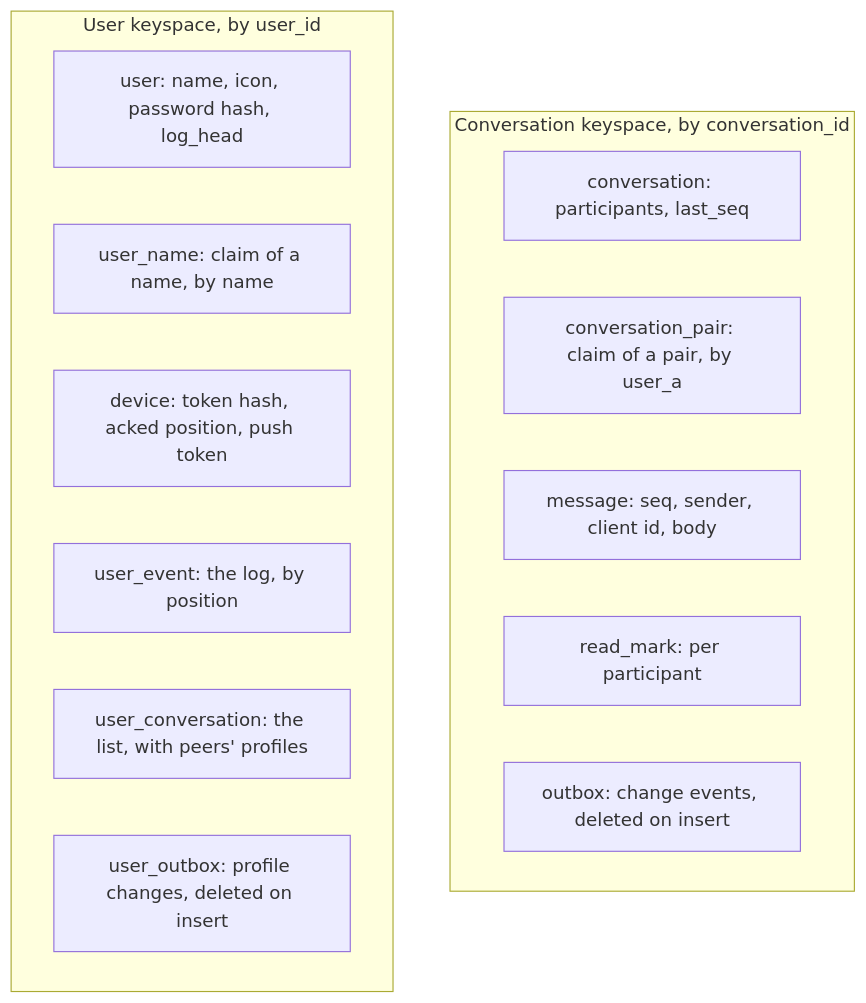
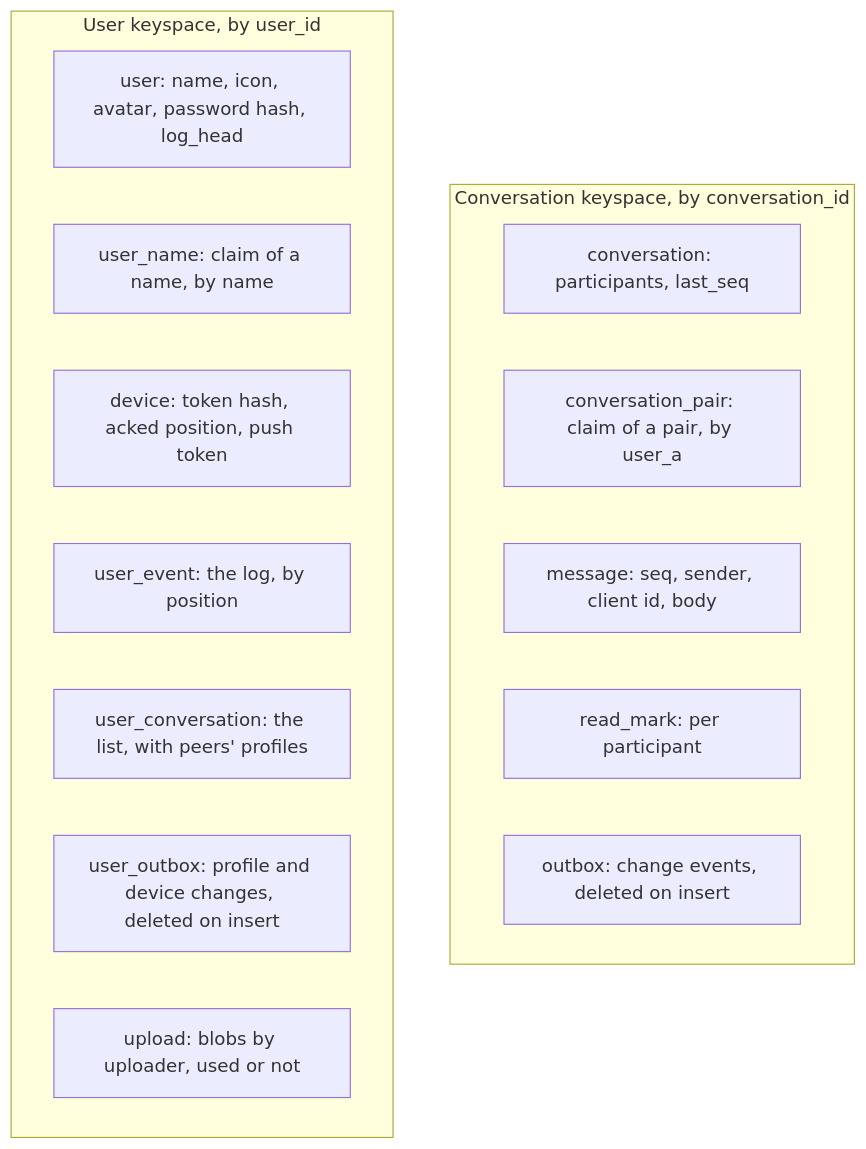
Before and after one commit to vlumi/wrinkle: the first of 4 diagrams in docs/architecture.md, drawn with Mermaid. The commit also changed other lines of this file and 4 other files, not shown here.

Commit message:
Docs: blobs and object storage, devices and account deletion; roadmap

````diff
--- a/docs/architecture.md
+++ b/docs/architecture.md
@@ -39,18 +40,19 @@
 ```mermaid
 flowchart TB
   subgraph conv ["Conversation keyspace, by conversation_id"]
     c["conversation: participants, last_seq"]
     p["conversation_pair: claim of a pair, by user_a"]
     m["message: seq, sender, client id, body"]
     r["read_mark: per participant"]
     o["outbox: change events, deleted on insert"]
   end
   subgraph user ["User keyspace, by user_id"]
-    u["user: name, icon, password hash, log_head"]
+    u["user: name, icon, avatar, password hash, log_head"]
     n["user_name: claim of a name, by name"]
     d["device: token hash, acked position, push token"]
     e["user_event: the log, by position"]
     l["user_conversation: the list, with peers' profiles"]
-    uo["user_outbox: profile changes, deleted on insert"]
+    uo["user_outbox: profile and device changes, deleted on insert"]
+    up["upload: blobs by uploader, used or not"]
   end
 ```
````
